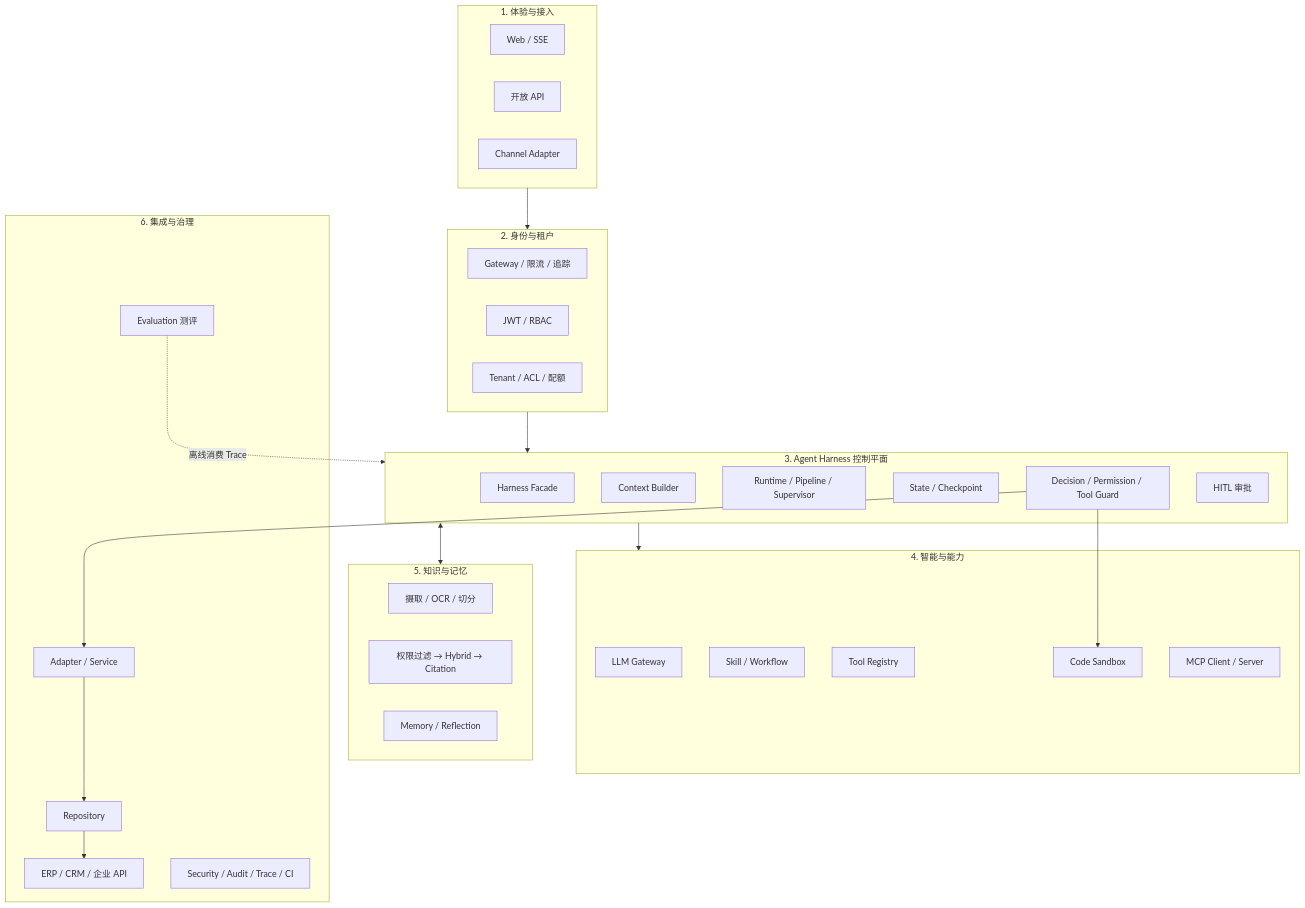
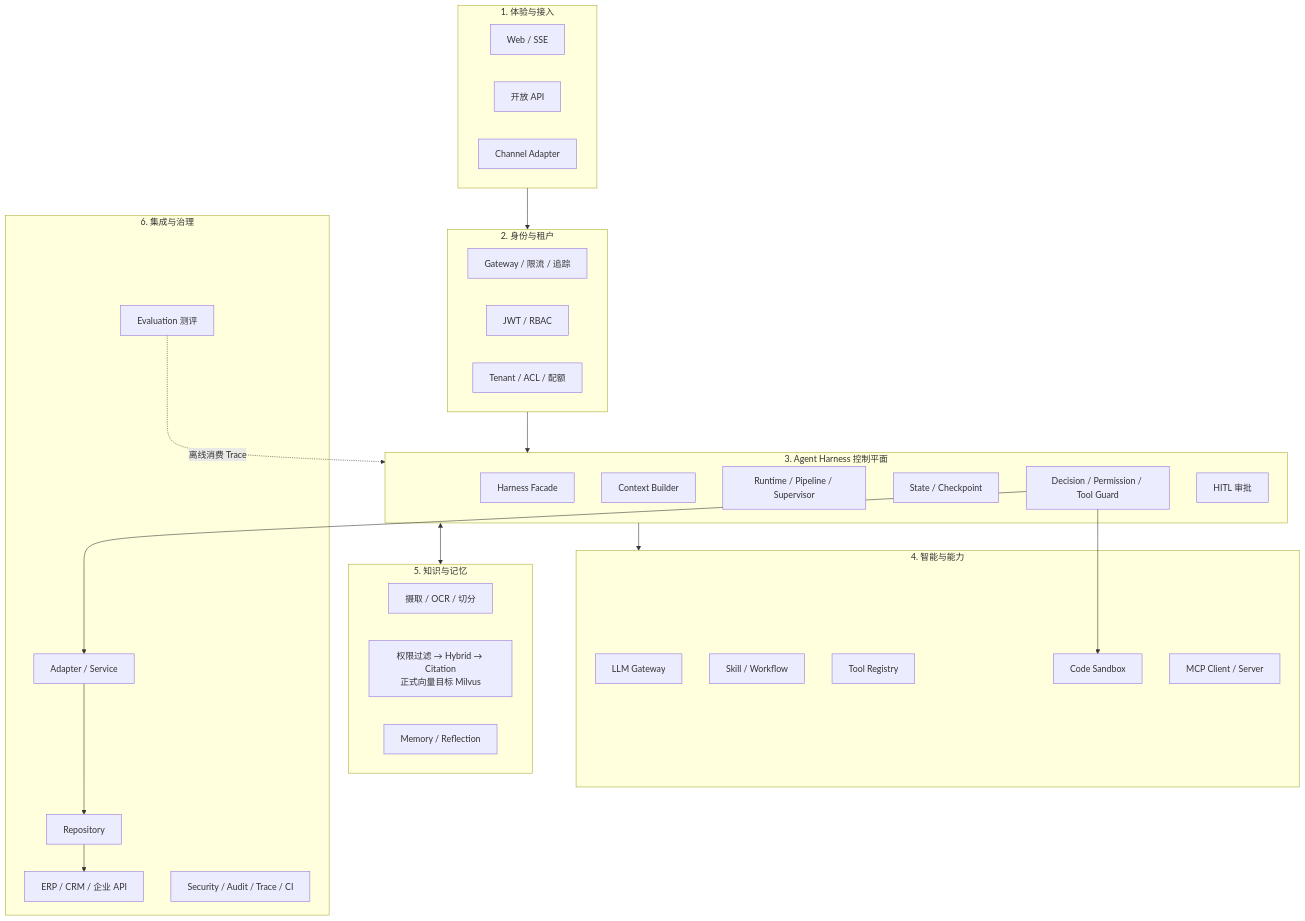
Before and after one commit to lwmjava/ai-assistant: the second of 3 diagrams in README.md, drawn with Mermaid. The commit also changed other lines of this file and 6 other files, not shown here.

````diff
--- a/README.md
+++ b/README.md
@@ -66,45 +68,45 @@
 ```mermaid
 flowchart TB
     subgraph C["1. 体验与接入"]
         WEB[Web / SSE]
         API[开放 API]
         CH[Channel Adapter]
     end
     subgraph I["2. 身份与租户"]
         GW[Gateway / 限流 / 追踪]
         ID[JWT / RBAC]
         TEN[Tenant / ACL / 配额]
     end
     subgraph H["3. Agent Harness 控制平面"]
         HF[Harness Facade]
         CB[Context Builder]
         RT[Runtime / Pipeline / Supervisor]
         ST[State / Checkpoint]
         GD[Decision / Permission / Tool Guard]
         HITL[HITL 审批]
     end
     subgraph A["4. 智能与能力"]
         LLM[LLM Gateway]
         SK[Skill / Workflow]
         REG[Tool Registry]
         SB[Code Sandbox]
         MCP2[MCP Client / Server]
     end
     subgraph K["5. 知识与记忆"]
         ING[摄取 / OCR / 切分]
-        RET[权限过滤 → Hybrid → Citation]
+        RET[权限过滤 → Hybrid → Citation<br/>正式向量目标 Milvus]
         MEM[Memory / Reflection]
     end
     subgraph B["6. 集成与治理"]
         ADP[Adapter / Service]
         REPO[Repository]
         BIZ[ERP / CRM / 企业 API]
         EV[Evaluation 测评]
         SEC[Security / Audit / Trace / CI]
     end
     C --> I --> H --> A
     H <--> K
     GD --> SB
     GD --> ADP --> REPO --> BIZ
     EV -.->|离线消费 Trace| H
 ```
````
